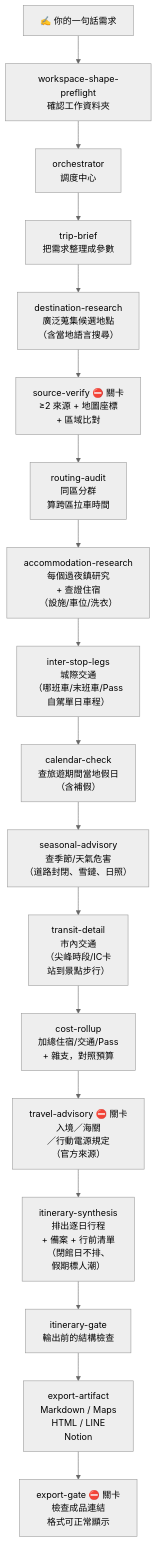
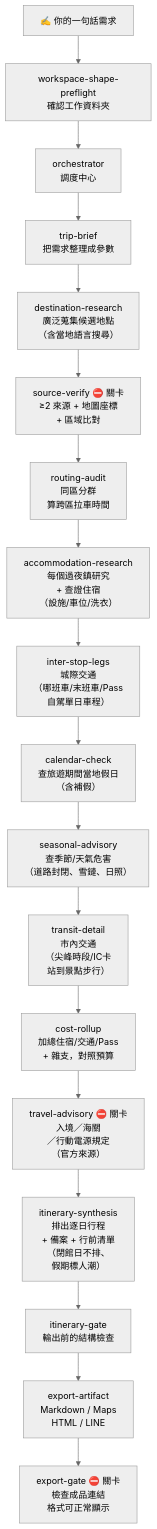
The diagram in README.md (helping-ai-workflow/tripwork), drawn with Mermaid (neutral theme) before and after one commit. The commit also changed other lines of this file and 4 other files, not shown here.

First line of the commit message:
release(v0.20.0): canonical content-hygiene gate + Notion de-adapted

````diff
--- a/README.md
+++ b/README.md
@@ -100,22 +100,22 @@
 ```mermaid
 %%{init: {'flowchart':{'htmlLabels':true}}}%%
 flowchart TB
     P["✍️ 你的一句話需求"]
     P --> WSP["workspace-shape-preflight<br/>確認工作資料夾"]
     WSP --> ORC["orchestrator<br/>調度中心"]
     ORC --> TB["trip-brief<br/>把需求整理成參數"]
     TB --> DR["destination-research<br/>廣泛蒐集候選地點<br/>（含當地語言搜尋）"]
     DR --> SV["source-verify ⛔ 關卡<br/>≥2 來源 + 地圖座標<br/>+ 區域比對"]
     SV --> RA["routing-audit<br/>同區分群<br/>算跨區拉車時間"]
     RA --> ACC["accommodation-research<br/>每個過夜鎮研究<br/>+ 查證住宿<br/>（設施/車位/洗衣）"]
     ACC --> LEG["inter-stop-legs<br/>城際交通<br/>（哪班車/末班車/Pass<br/>自駕單日車程）"]
     LEG --> CAL["calendar-check<br/>查旅遊期間當地假日<br/>（含補假）"]
     CAL --> SEA["seasonal-advisory<br/>查季節/天氣危害<br/>（道路封閉、雪鏈、日照）"]
     SEA --> TRN["transit-detail<br/>市內交通<br/>（尖峰時段/IC卡<br/>站到景點步行）"]
     TRN --> COST["cost-rollup<br/>加總住宿/交通/Pass<br/>+ 雜支，對照預算"]
     COST --> ADV["travel-advisory ⛔ 關卡<br/>入境／海關<br/>／行動電源規定<br/>（官方來源）"]
     ADV --> SYN["itinerary-synthesis<br/>排出逐日行程<br/>+ 備案 + 行前清單<br/>（閉館日不排、<br/>假期標人潮）"]
     SYN --> GATE["itinerary-gate<br/>輸出前的結構檢查"]
-    GATE --> EXP["export-artifact<br/>Markdown / Maps<br/>HTML / LINE<br/>Notion"]
+    GATE --> EXP["export-artifact<br/>Markdown / Maps<br/>HTML / LINE"]
     EXP --> EGATE["export-gate ⛔ 關卡<br/>檢查成品連結<br/>格式可正常顯示"]
 ```
````
